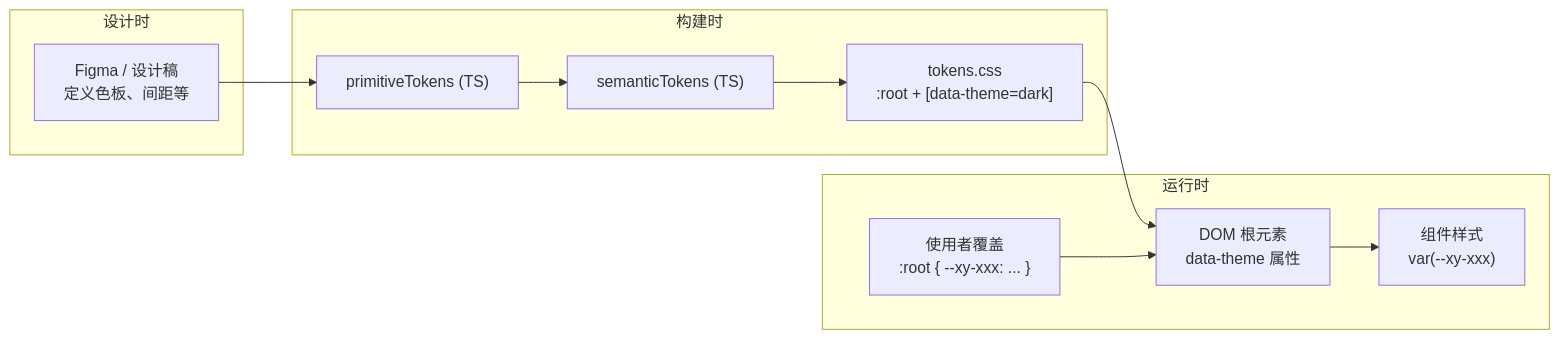
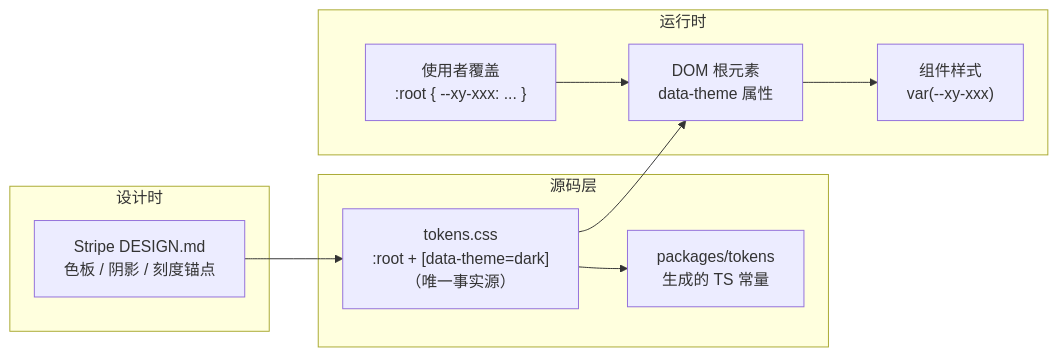
The third of 3 diagrams in apps/docs/column/guide/03-theme-tokens.md (zhangzhengyang27/xiaoye-components), drawn with Mermaid before and after one commit. The commit also changed other lines of this file and 397 other files, not shown here.

````diff
--- a/apps/docs/column/guide/03-theme-tokens.md
+++ b/apps/docs/column/guide/03-theme-tokens.md
@@ -339,25 +308,23 @@
 ```mermaid
 graph LR
     subgraph "设计时"
-        Figma["Figma / 设计稿<br/>定义色板、间距等"]
+        REF["Stripe DESIGN.md<br/>色板 / 阴影 / 刻度锚点"]
     end
 
-    subgraph "构建时"
-        PT_TS["primitiveTokens (TS)"]
-        ST_TS["semanticTokens (TS)"]
-        CSS_Var["tokens.css<br/>:root + [data-theme=dark]"]
+    subgraph "源码层"
+        CSS_Var["tokens.css<br/>:root + [data-theme=dark]<br/>（唯一事实源）"]
+        TS["packages/tokens<br/>生成的 TS 常量"]
     end
 
     subgraph "运行时"
         DOM["DOM 根元素<br/>data-theme 属性"]
         Comp["组件样式<br/>var(--xy-xxx)"]
         Override["使用者覆盖<br/>:root { --xy-xxx: ... }"]
     end
 
-    Figma --> PT_TS
-    PT_TS --> ST_TS
-    ST_TS --> CSS_Var
+    REF --> CSS_Var
+    CSS_Var --> TS
     CSS_Var --> DOM
     DOM --> Comp
     Override --> DOM
 ```
````
